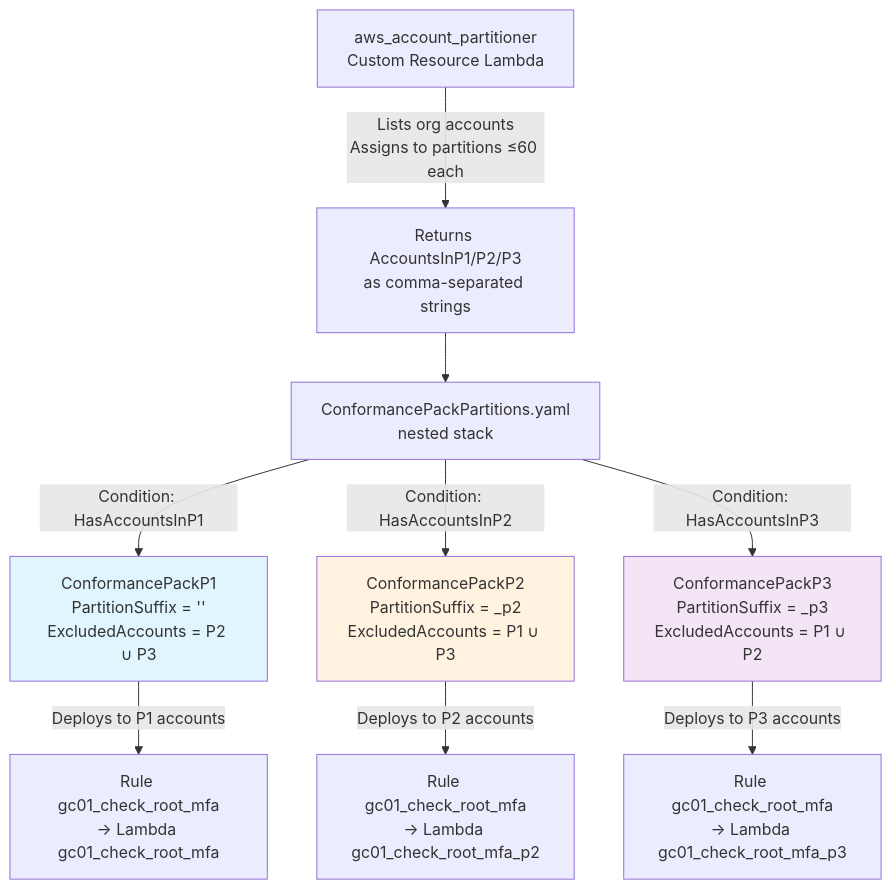
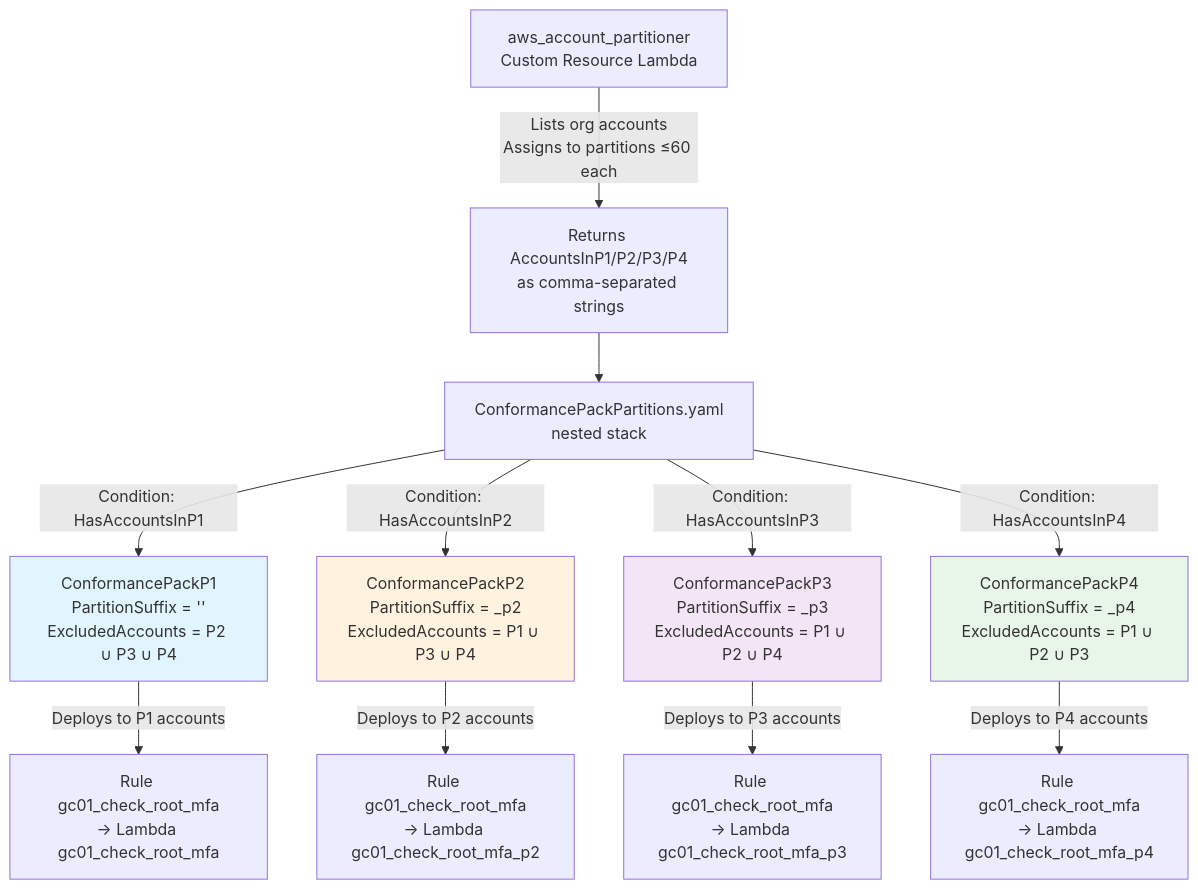
One commit to ssc-spc-ccoe-cei/aws-guardrails-cac-solution changed the diagram in doc/CONFORMANCE_PACK_IMPLEMENTATION.md. Above: the diagram before and after it, drawn with Mermaid. The commit also changed other lines of this file and 26 other files, not shown here.

Commit message:
Updated solution for 4 partitions/240 accounts

````diff
--- a/doc/CONFORMANCE_PACK_IMPLEMENTATION.md
+++ b/doc/CONFORMANCE_PACK_IMPLEMENTATION.md
@@ -57,18 +58,21 @@
 ```mermaid
 flowchart TD
-    A[aws_account_partitioner<br/>Custom Resource Lambda] -->|Lists org accounts<br/>Assigns to partitions ≤60 each| B[Returns AccountsInP1/P2/P3<br/>as comma-separated strings]
+    A[aws_account_partitioner<br/>Custom Resource Lambda] -->|Lists org accounts<br/>Assigns to partitions ≤60 each| B[Returns AccountsInP1/P2/P3/P4<br/>as comma-separated strings]
 
     B --> N[ConformancePackPartitions.yaml<br/>nested stack]
 
-    N -->|Condition: HasAccountsInP1| C1[ConformancePackP1<br/>PartitionSuffix = ''<br/>ExcludedAccounts = P2 ∪ P3]
-    N -->|Condition: HasAccountsInP2| C2[ConformancePackP2<br/>PartitionSuffix = _p2<br/>ExcludedAccounts = P1 ∪ P3]
-    N -->|Condition: HasAccountsInP3| C3[ConformancePackP3<br/>PartitionSuffix = _p3<br/>ExcludedAccounts = P1 ∪ P2]
+    N -->|Condition: HasAccountsInP1| C1[ConformancePackP1<br/>PartitionSuffix = ''<br/>ExcludedAccounts = P2 ∪ P3 ∪ P4]
+    N -->|Condition: HasAccountsInP2| C2[ConformancePackP2<br/>PartitionSuffix = _p2<br/>ExcludedAccounts = P1 ∪ P3 ∪ P4]
+    N -->|Condition: HasAccountsInP3| C3[ConformancePackP3<br/>PartitionSuffix = _p3<br/>ExcludedAccounts = P1 ∪ P2 ∪ P4]
+    N -->|Condition: HasAccountsInP4| C4[ConformancePackP4<br/>PartitionSuffix = _p4<br/>ExcludedAccounts = P1 ∪ P2 ∪ P3]
 
     C1 -->|Deploys to P1 accounts| D1[Rule gc01_check_root_mfa<br/>→ Lambda gc01_check_root_mfa]
     C2 -->|Deploys to P2 accounts| D2[Rule gc01_check_root_mfa<br/>→ Lambda gc01_check_root_mfa_p2]
     C3 -->|Deploys to P3 accounts| D3[Rule gc01_check_root_mfa<br/>→ Lambda gc01_check_root_mfa_p3]
+    C4 -->|Deploys to P4 accounts| D4[Rule gc01_check_root_mfa<br/>→ Lambda gc01_check_root_mfa_p4]
 
     style C1 fill:#e1f5fe
     style C2 fill:#fff3e0
     style C3 fill:#f3e5f5
+    style C4 fill:#e8f5e9
 ```
````
